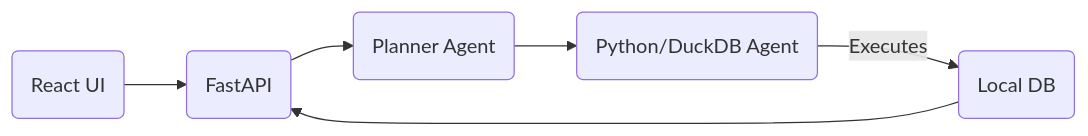
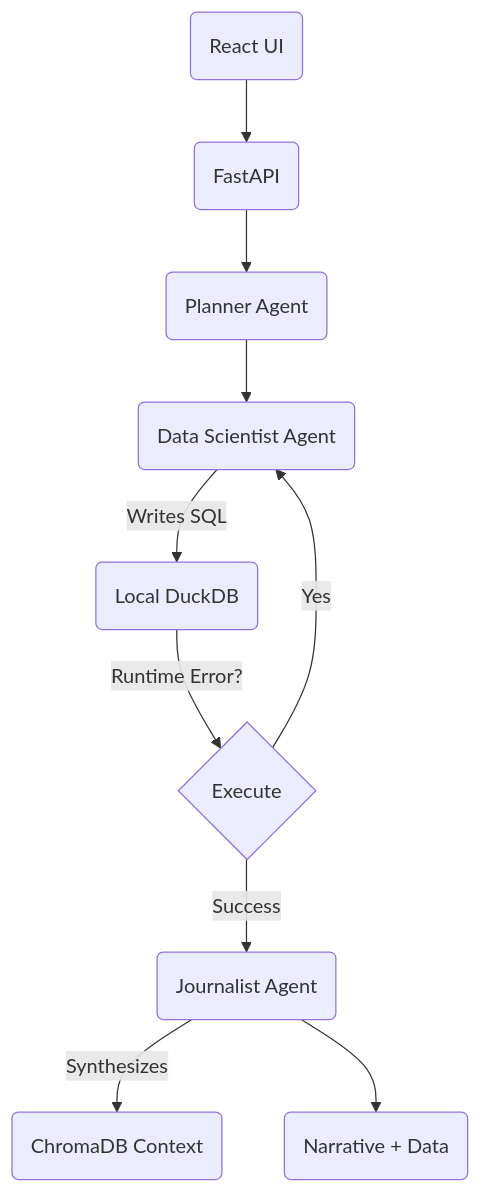
Before and after one commit to hgc2024/deep_stat_ai: the diagram in README.md, drawn with Mermaid. The commit also changed other lines of this file, not shown here.

````diff
--- a/README.md
+++ b/README.md
@@ -10,8 +11,12 @@
 ```mermaid
-graph LR
+graph TD
     User(React UI) --> API(FastAPI)
     API --> Architect(Planner Agent)
-    Architect --> Coder(Python/DuckDB Agent)
-    Coder -- "Executes" --> Sandbox(Local DB)
-    Sandbox --> API
+    Architect --> Coder(Data Scientist Agent)
+    Coder -- "Writes SQL" --> Sandbox(Local DuckDB)
+    Sandbox -- "Runtime Error?" --> RetryLoop{Execute}
+    RetryLoop -- "Yes" --> Coder
+    RetryLoop -- "Success" --> Analyst(Journalist Agent)
+    Analyst -- "Synthesizes" --> RAG(ChromaDB Context)
+    Analyst --> FinalResult(Narrative + Data)
 ```
````
